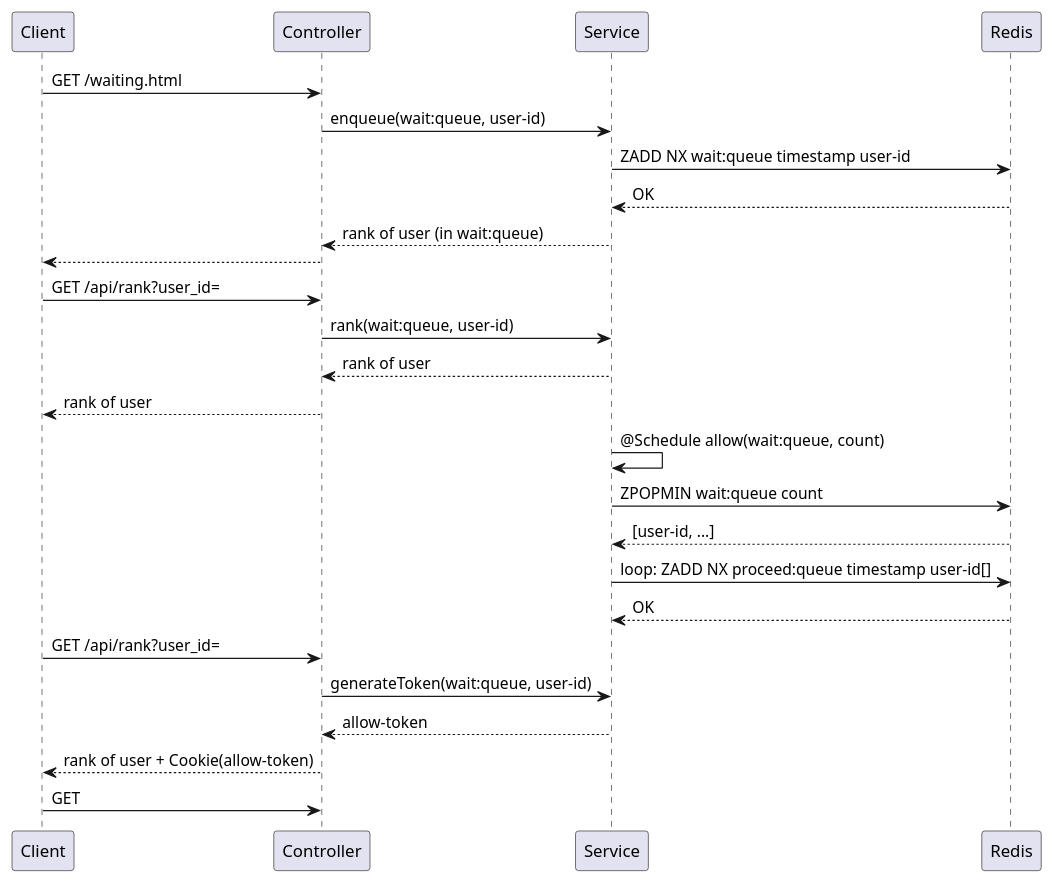
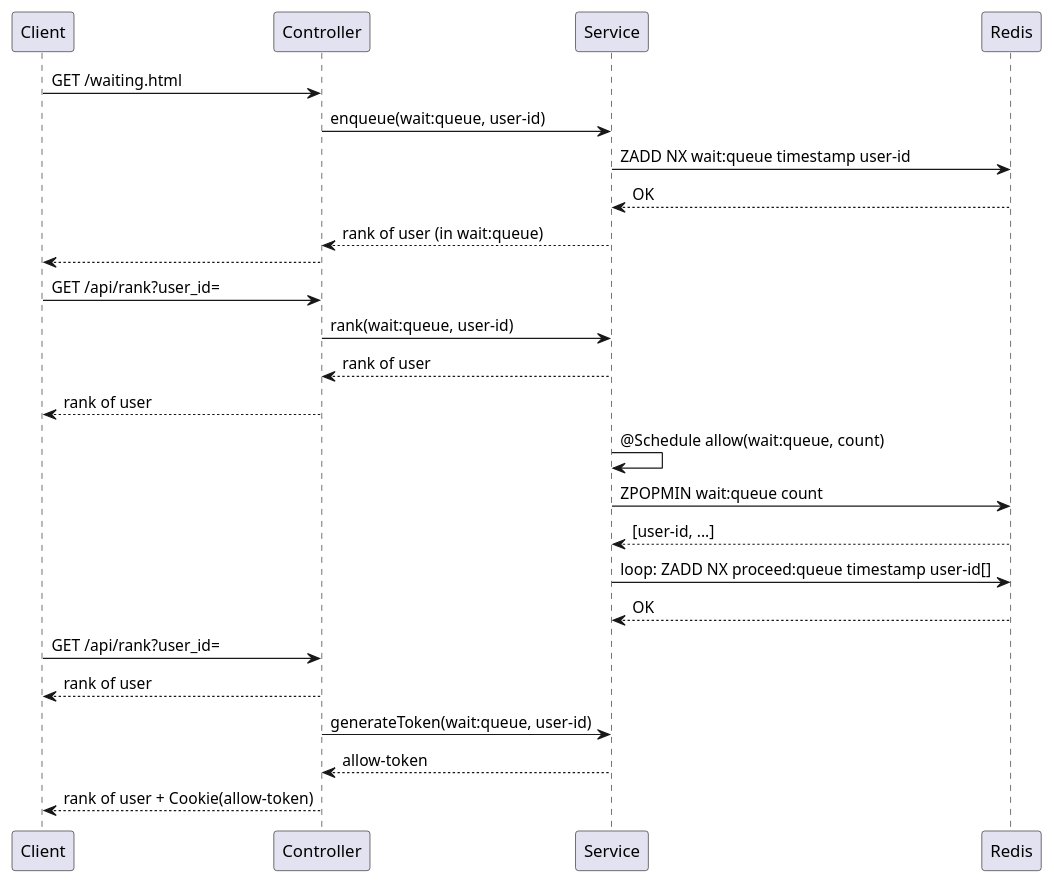
The diagram in _diary/2024-06-08.md (yanghoon/obsidian-workspace), drawn with PlantUML before and after one commit.

Commit message:
vault backup: 2024-06-08 14:26:41

````diff
--- a/_diary/2024-06-08.md
+++ b/_diary/2024-06-08.md
@@ -5,26 +5,26 @@
 ```plantuml
 Client -> Controller: GET /waiting.html
 Controller -> Service: enqueue(wait:queue, user-id)
 Service -> Redis: ZADD NX wait:queue timestamp user-id
 Service <-- Redis: OK
 Controller <-- Service: rank of user (in wait:queue)
 Client <-- Controller
 
 Client -> Controller: GET /api/rank?user_id=
 Controller -> Service: rank(wait:queue, user-id)
 Controller <-- Service: rank of user
 Client <-- Controller: rank of user
 
 Service -> Service: @Schedule allow(wait:queue, count)
 Service -> Redis: ZPOPMIN wait:queue count
 Service <-- Redis: [user-id, ...]
 Service -> Redis: loop: ZADD NX proceed:queue timestamp user-id[]
 Service <-- Redis: OK
 
 Client -> Controller: GET /api/rank?user_id=
+Client <-- Controller: rank of user
+
 Controller -> Service: generateToken(wait:queue, user-id)
 Controller <-- Service: allow-token
 Client <-- Controller: rank of user + Cookie(allow-token)
-
-Client -> Controller: GET
 ```
````
